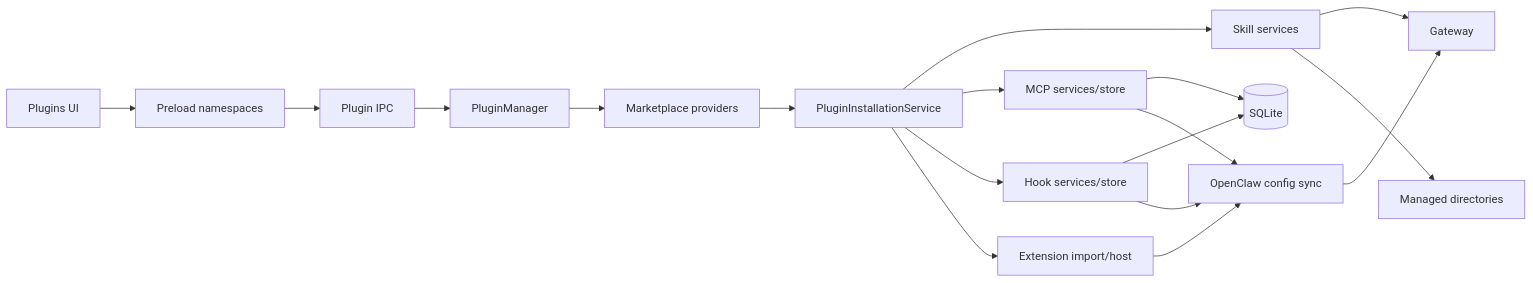
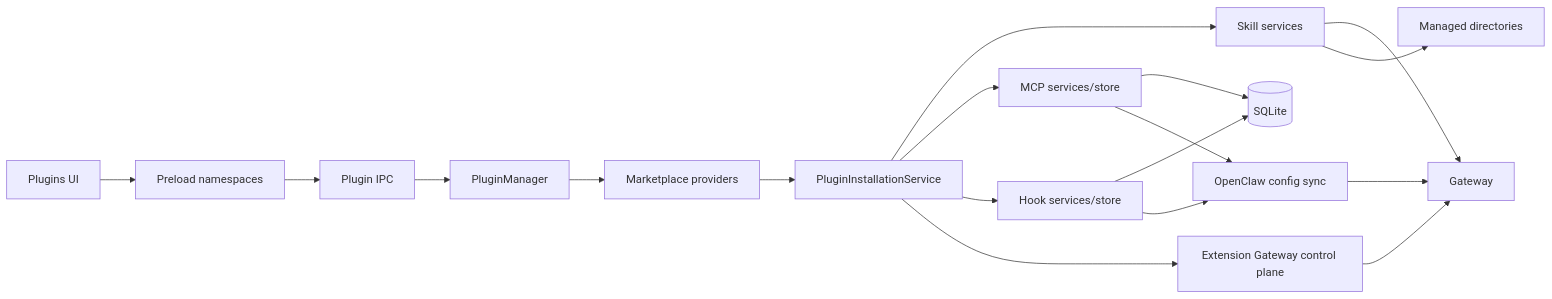
One commit to liangxhao/JustDo changed the first of 3 diagrams in docs/architecture/07-plugin-system.md. Above: the diagram before and after it, drawn with Mermaid. The commit also changed other lines of this file and 44 other files, not shown here.

````diff
--- a/docs/architecture/07-plugin-system.md
+++ b/docs/architecture/07-plugin-system.md
@@ -19,32 +19,32 @@
 ```mermaid
 flowchart LR
   UI[Plugins UI]
   Preload[Preload namespaces]
   IPC[Plugin IPC]
   PM[PluginManager]
   Market[Marketplace providers]
   Install[PluginInstallationService]
   Skill[Skill services]
   MCP[MCP services/store]
   Hook[Hook services/store]
-  Ext[Extension import/host]
+  Ext[Extension Gateway control plane]
   Sync[OpenClaw config sync]
   GW[Gateway]
   FS[Managed directories]
   DB[(SQLite)]
   UI --> Preload --> IPC
   IPC --> PM --> Market
   Market --> Install
   Install --> Skill
   Install --> MCP
   Install --> Hook
   Install --> Ext
   Skill --> GW
   Skill --> FS
   MCP --> DB
   Hook --> DB
   MCP --> Sync
   Hook --> Sync
-  Ext --> Sync
+  Ext --> GW
   Sync --> GW
 ```
````
